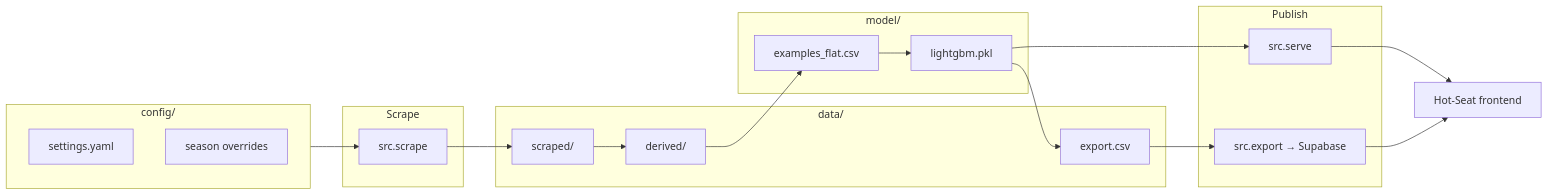
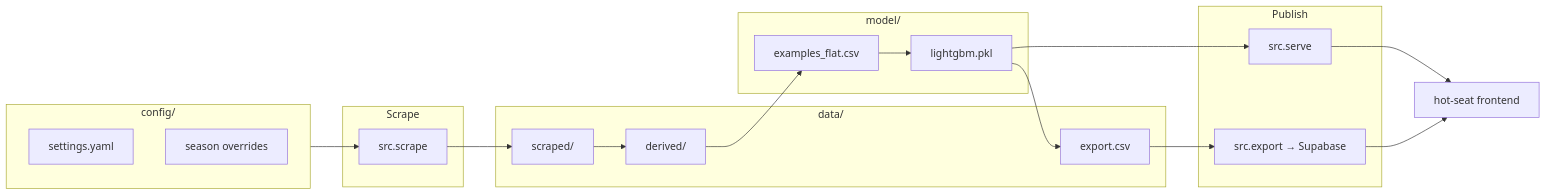
The diagram in README.md (nhford/hot-seat-backend), drawn with Mermaid before and after one commit. The commit also changed other lines of this file, not shown here.

Commit message:
readme repo fix

````diff
--- a/README.md
+++ b/README.md
@@ -11,31 +11,31 @@
 ```mermaid
 flowchart LR
   subgraph config [config/]
     settings[settings.yaml]
     season[season overrides]
   end
   subgraph scrape [Scrape]
     S[src.scrape]
   end
   subgraph data [data/]
     raw[scraped/]
     derived[derived/]
     export[export.csv]
   end
   subgraph model [model/]
     flat[examples_flat.csv]
     lgb[lightgbm.pkl]
   end
   subgraph publish [Publish]
     API[src.serve]
     SB[src.export → Supabase]
   end
   config --> S
   S --> raw --> derived
   derived --> flat --> lgb
   lgb --> export
   export --> SB
   lgb --> API
-  API --> FE[Hot-Seat frontend]
+  API --> FE[hot-seat frontend]
   SB --> FE
 ```
````
